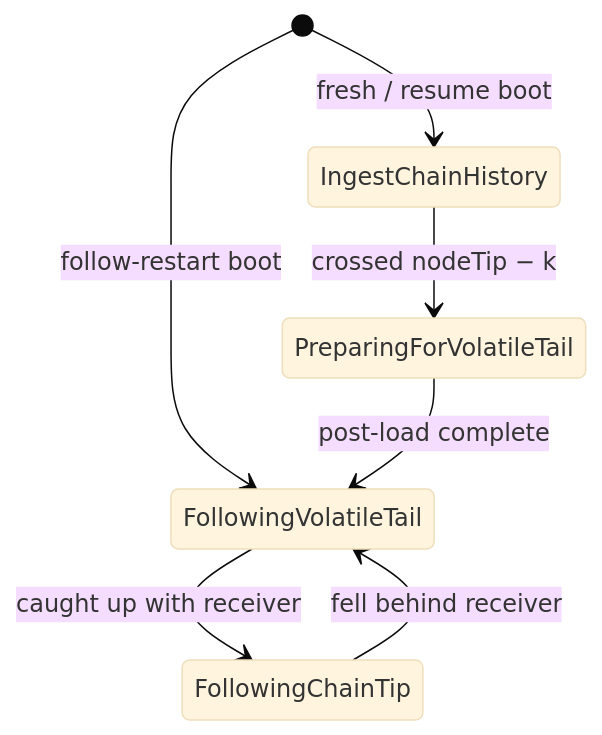
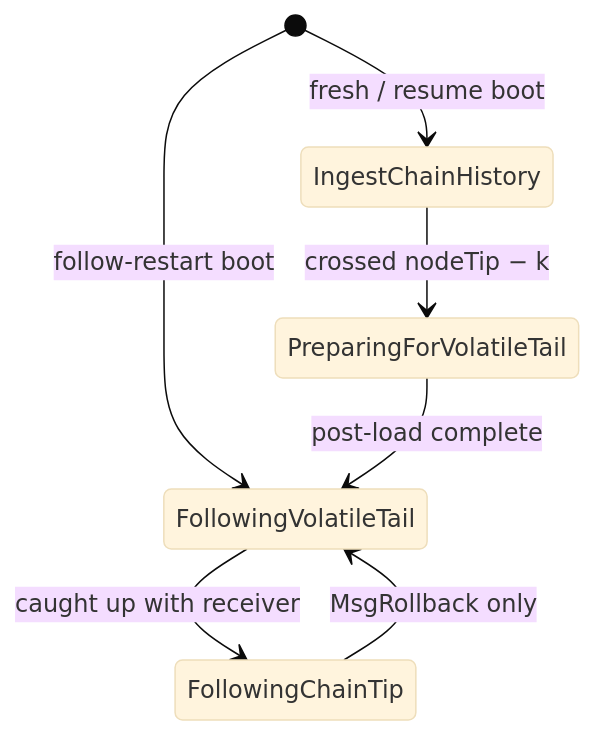
One commit to input-output-hk/dbsync changed the diagram in docs/developers/phases/overview.md. Above: the diagram before and after it, drawn with Mermaid (base theme). The commit also changed other lines of this file and 83 other files, not shown here.

````diff
--- a/docs/developers/phases/overview.md
+++ b/docs/developers/phases/overview.md
@@ -12,10 +12,10 @@
 ```mermaid
 stateDiagram-v2
     direction TB
     [*] --> IngestChainHistory: fresh / resume boot
     [*] --> FollowingVolatileTail: follow-restart boot
     IngestChainHistory --> PreparingForVolatileTail: crossed nodeTip − k
     PreparingForVolatileTail --> FollowingVolatileTail: post-load complete
     FollowingVolatileTail --> FollowingChainTip: caught up with receiver
-    FollowingChainTip --> FollowingVolatileTail: fell behind receiver
+    FollowingChainTip --> FollowingVolatileTail: MsgRollback only
 ```
````
